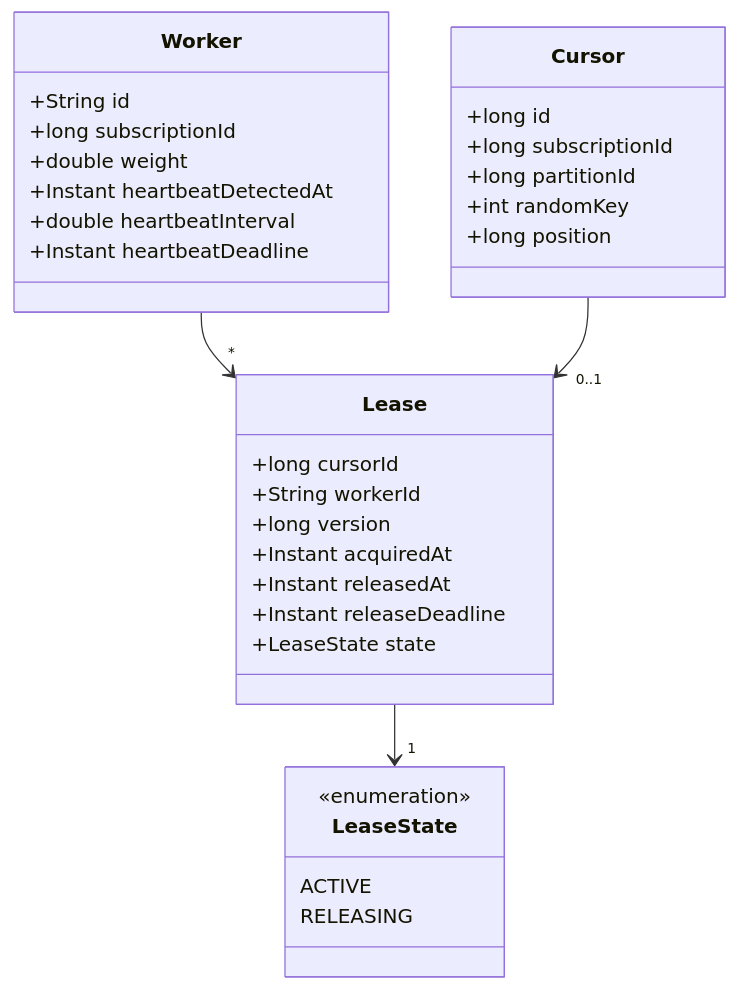
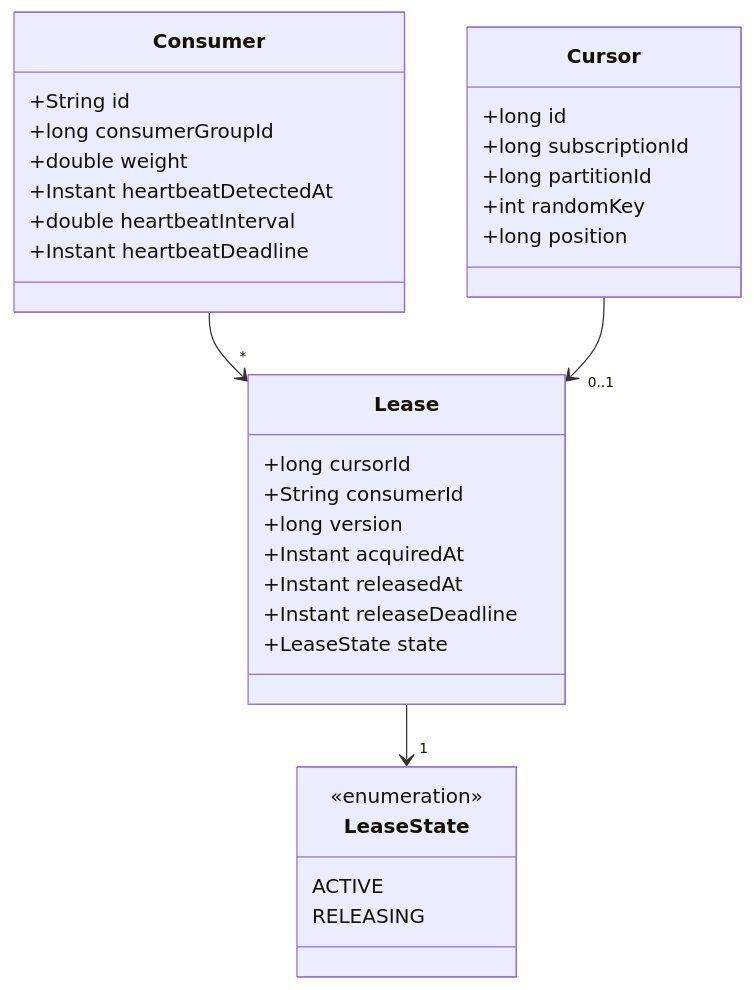
Before and after one commit to rbilleci/boxy: the second of 3 diagrams in README.md, drawn with Mermaid. The commit also changed other lines of this file and 47 other files, not shown here.

Commit message:
Rename cursor consumer group reference

````diff
--- a/README.md
+++ b/README.md
@@ -119,35 +119,35 @@
 ```mermaid
 classDiagram
-    class Worker {
+    class Consumer {
         +String id
-        +long subscriptionId
+        +long consumerGroupId
         +double weight
         +Instant heartbeatDetectedAt
         +double heartbeatInterval
         +Instant heartbeatDeadline
     }
     class Cursor {
         +long id
         +long subscriptionId
         +long partitionId
         +int randomKey
         +long position
     }
     class Lease {
         +long cursorId
-        +String workerId
+        +String consumerId
         +long version
         +Instant acquiredAt
         +Instant releasedAt
         +Instant releaseDeadline
         +LeaseState state
     }
     class LeaseState {
         <<enumeration>>
         ACTIVE
         RELEASING
     }
-    Worker --> "*" Lease
+    Consumer --> "*" Lease
     Cursor --> "0..1" Lease
     Lease --> "1" LeaseState
 ```
````
